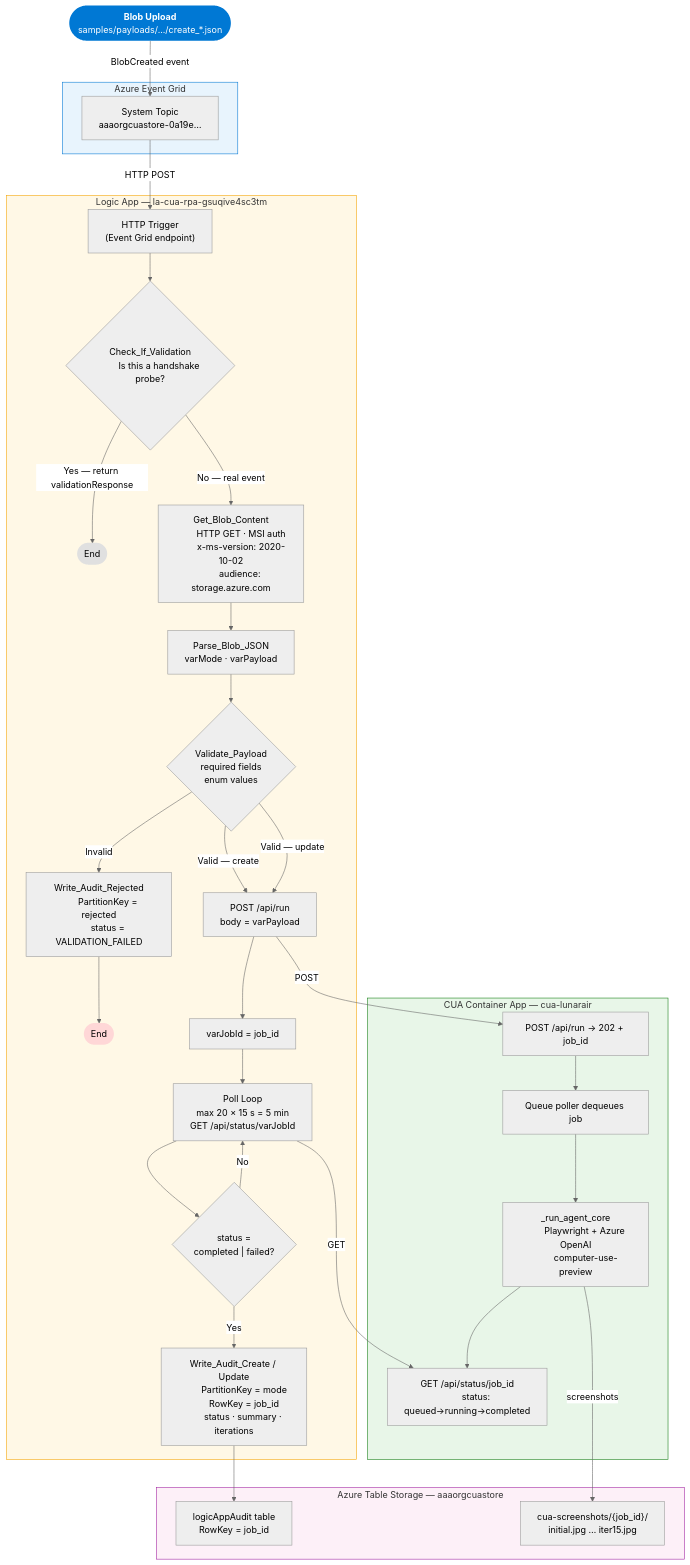
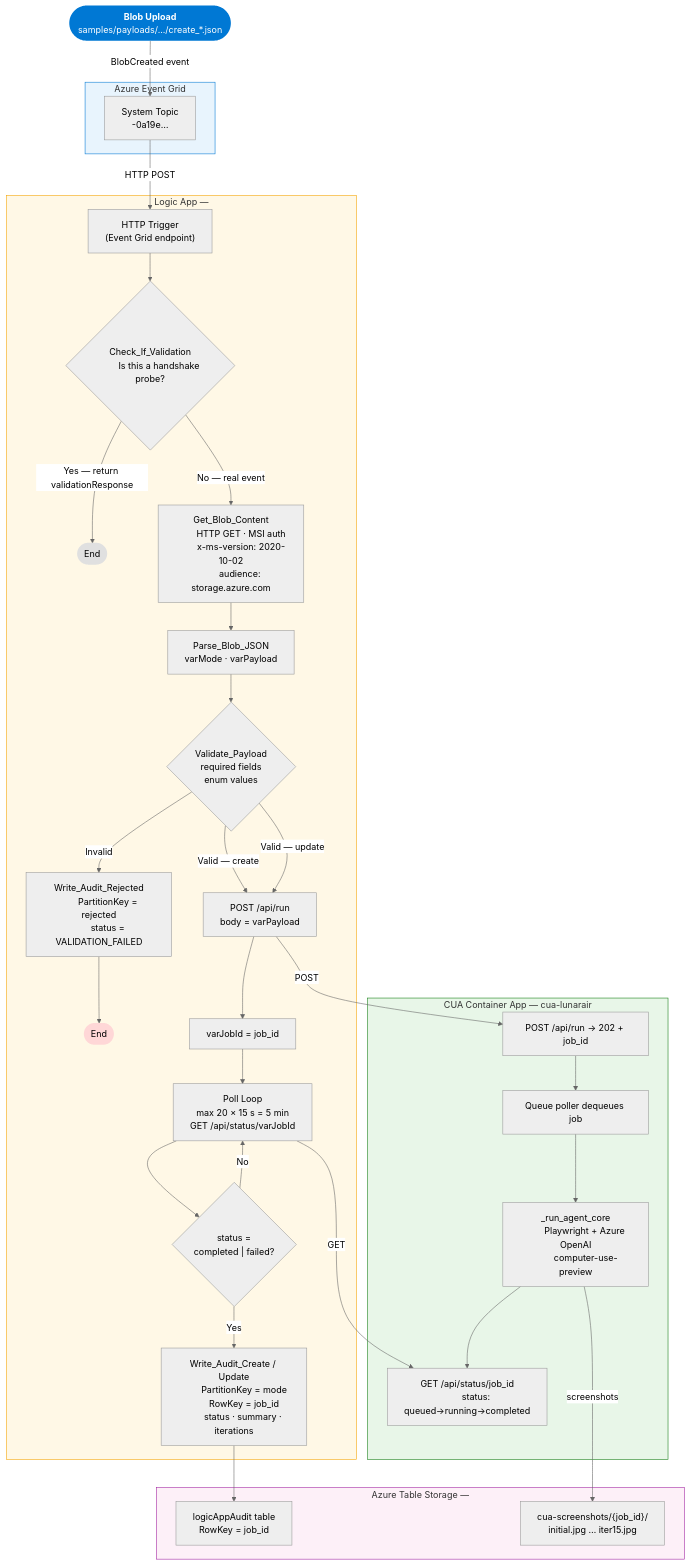
Before and after one commit to sramayanam/zavaaircua: the diagram in cua/DOCUMENTATION.md, drawn with Mermaid (neutral theme). The commit also changed other lines of this file and 14 other files, not shown here.

```diff
--- a/cua/DOCUMENTATION.md
+++ b/cua/DOCUMENTATION.md
@@ -896,12 +896,12 @@
 
     subgraph EG["Azure Event Grid"]
         B["System Topic
-        aaaorgcuastore-0a19e…"]
+        <your-storage-account>-0a19e…"]
     end
 
     B -->|HTTP POST| C
 
-    subgraph LA["Logic App — la-cua-rpa-gsuqive4sc3tm"]
+    subgraph LA["Logic App — <your-logic-app>"]
         C["HTTP Trigger
         (Event Grid endpoint)"]
         C --> D{"Check_If_Validation
@@ -958,7 +958,7 @@
         N --> O --> P --> Q
     end
 
-    subgraph ST["Azure Table Storage — aaaorgcuastore"]
+    subgraph ST["Azure Table Storage — <your-storage-account>"]
         R["logicAppAudit table
         RowKey = job_id"]
         S["cua-screenshots/{job_id}/
```
